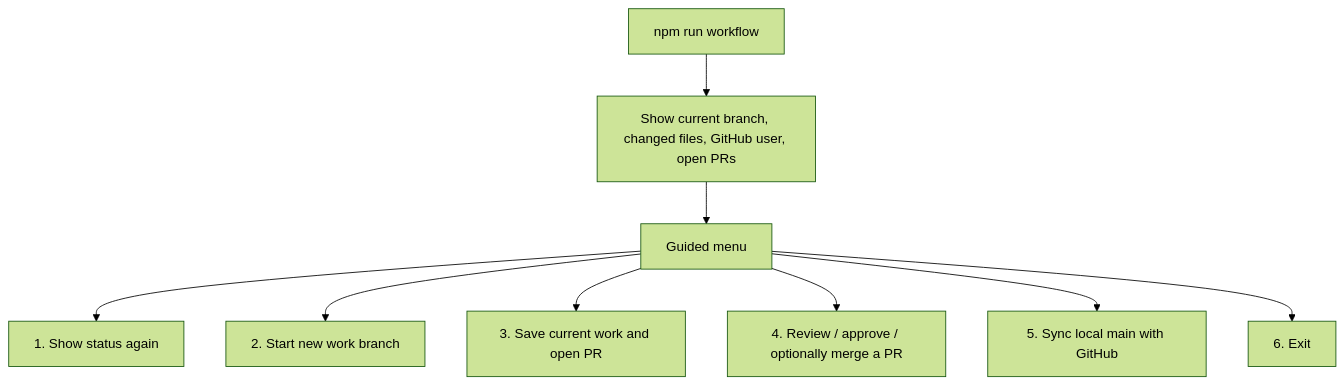
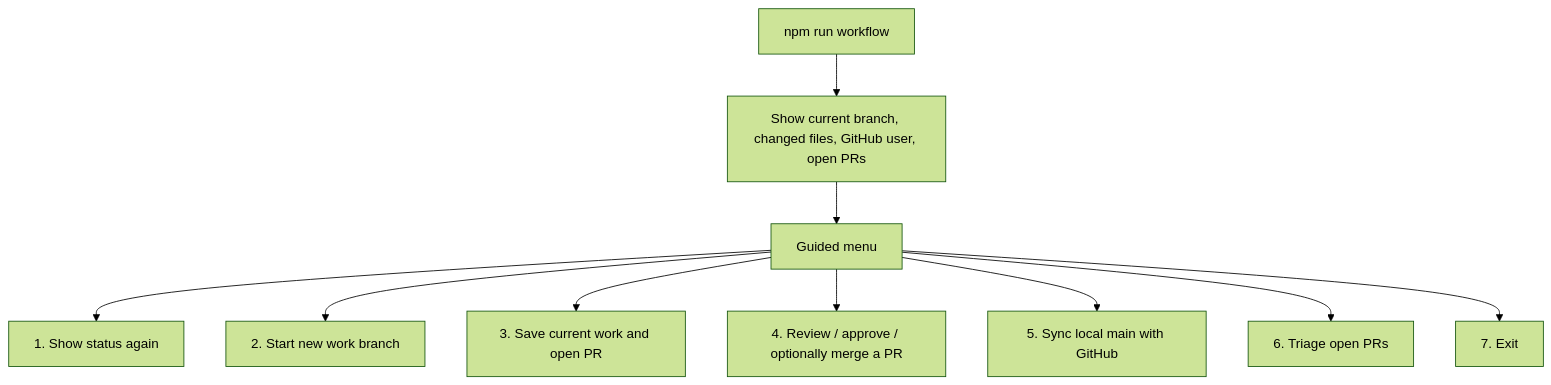
The first of 2 diagrams in docs/SPRK_Guided_Workflow_Helper.md (Mr-PI-Bala/SPRK-Hello-Repo), drawn with Mermaid (forest theme) before and after one commit. The commit also changed other lines of this file and 2 other files, not shown here.

First line of the commit message:
feat(workflow): triage open PRs and show ay/ya/an/na shortcuts in menu

````diff
--- a/docs/SPRK_Guided_Workflow_Helper.md
+++ b/docs/SPRK_Guided_Workflow_Helper.md
@@ -49,11 +49,12 @@
 ```mermaid
 flowchart TD
     Start["npm run workflow"] --> Status["Show current branch, changed files, GitHub user, open PRs"]
     Status --> Menu["Guided menu"]
     Menu --> StatusAgain["1. Show status again"]
     Menu --> Branch["2. Start new work branch"]
     Menu --> Submit["3. Save current work and open PR"]
     Menu --> Approve["4. Review / approve / optionally merge a PR"]
     Menu --> SyncMain["5. Sync local main with GitHub"]
-    Menu --> Exit["6. Exit"]
+    Menu --> Triage["6. Triage open PRs"]
+    Menu --> Exit["7. Exit"]
 ```
````
